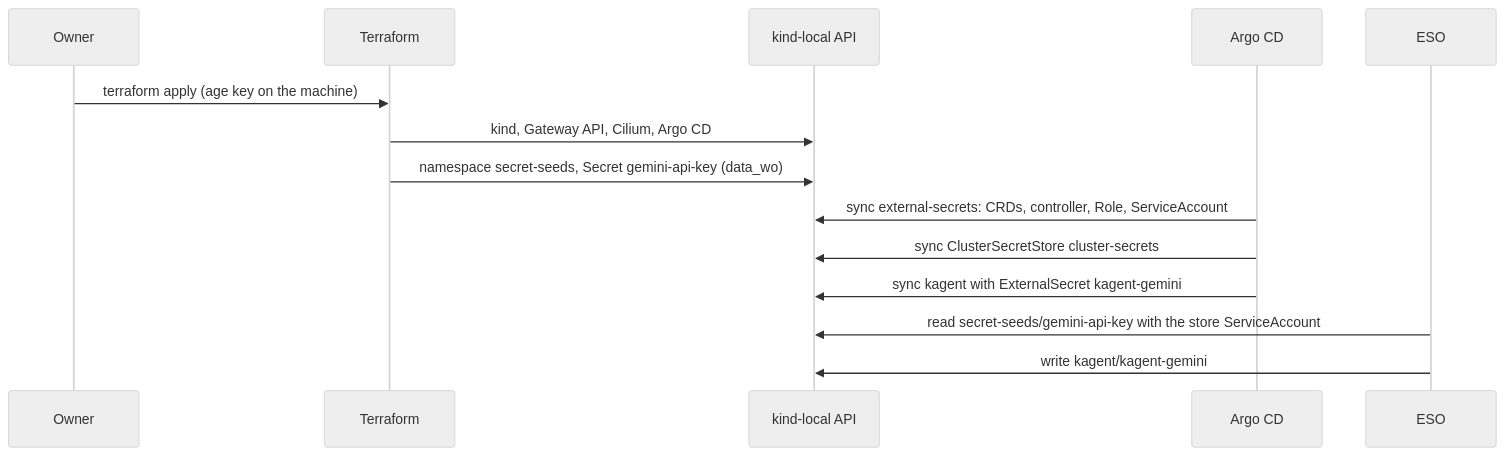
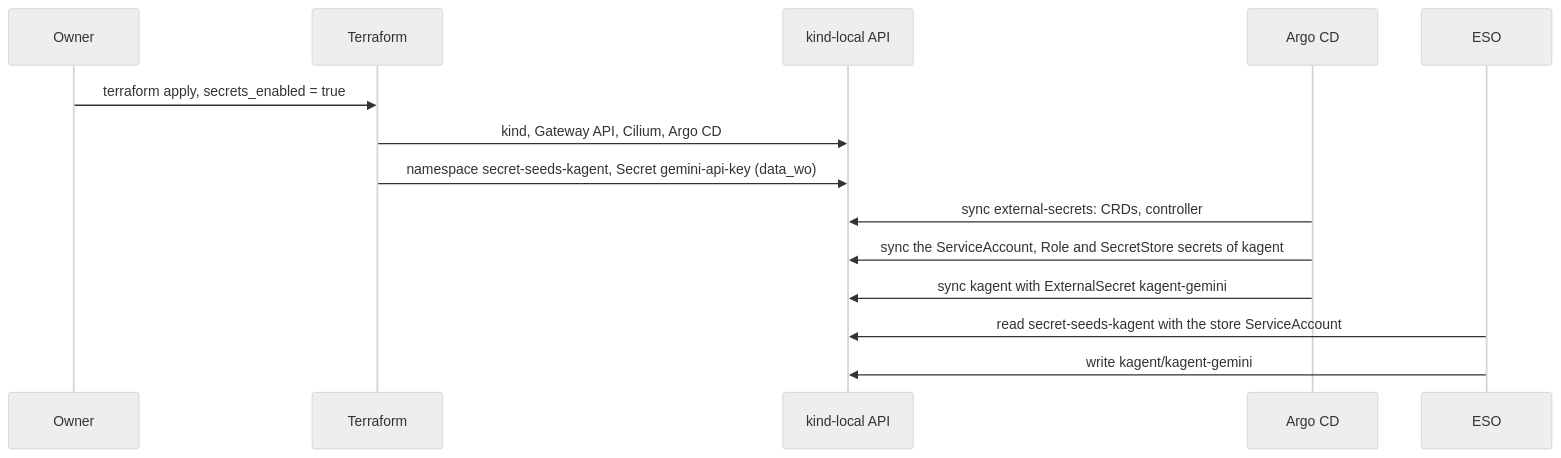
The second of 2 diagrams in docs/records/rfcs/0006-secrets-management.md (gsuquet/homelab), drawn with Mermaid (neutral theme) before and after one commit. The commit also changed other lines of this file, not shown here.

````diff
--- a/docs/records/rfcs/0006-secrets-management.md
+++ b/docs/records/rfcs/0006-secrets-management.md
@@ -274,16 +233,16 @@
 ```mermaid
 sequenceDiagram
     participant O as Owner
     participant TF as Terraform
     participant K as kind-local API
     participant A as Argo CD
     participant E as ESO
-    O->>TF: terraform apply (age key on the machine)
+    O->>TF: terraform apply, secrets_enabled = true
     TF->>K: kind, Gateway API, Cilium, Argo CD
-    TF->>K: namespace secret-seeds, Secret gemini-api-key (data_wo)
-    A->>K: sync external-secrets: CRDs, controller, Role, ServiceAccount
-    A->>K: sync ClusterSecretStore cluster-secrets
+    TF->>K: namespace secret-seeds-kagent, Secret gemini-api-key (data_wo)
+    A->>K: sync external-secrets: CRDs, controller
+    A->>K: sync the ServiceAccount, Role and SecretStore secrets of kagent
     A->>K: sync kagent with ExternalSecret kagent-gemini
-    E->>K: read secret-seeds/gemini-api-key with the store ServiceAccount
+    E->>K: read secret-seeds-kagent with the store ServiceAccount
     E->>K: write kagent/kagent-gemini
 ```
````
